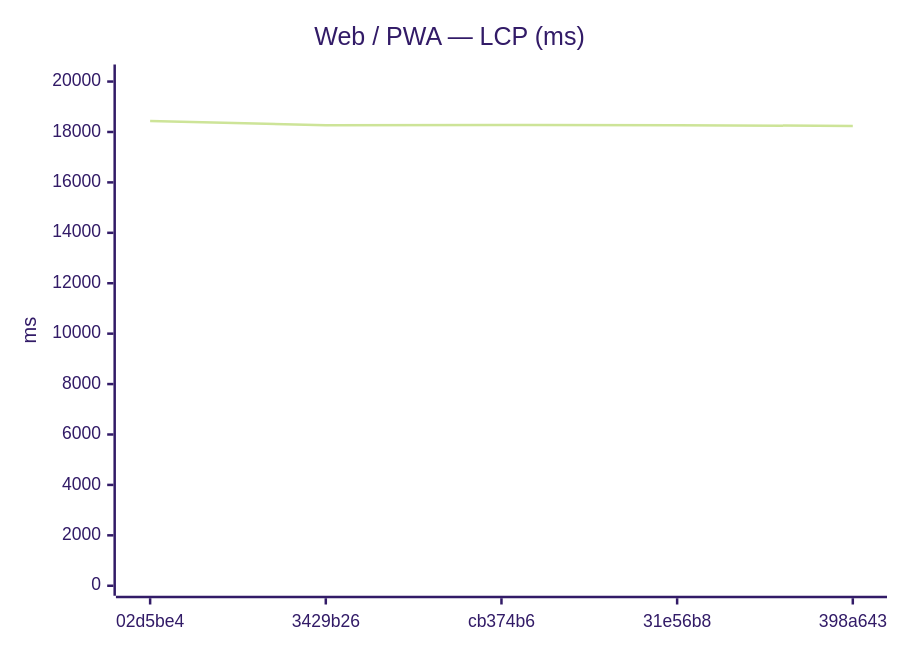
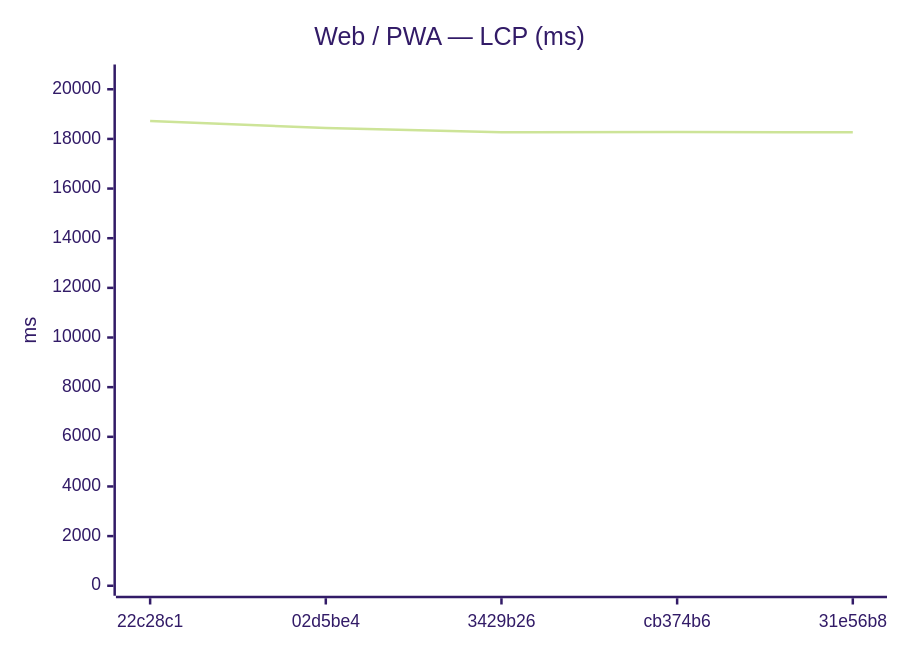
The seventh of 18 diagrams in benchmarks/compare.md (Metaheurist/Rianell), drawn with Mermaid (forest theme) before and after one commit. The commit also changed other lines of this file and 11 other files, not shown here.

````diff
--- a/benchmarks/compare.md
+++ b/benchmarks/compare.md
@@ -117,7 +117,7 @@
 ```mermaid
 xychart-beta
     title "Web / PWA — LCP (ms)"
-    x-axis ["02d5be4", "3429b26", "cb374b6", "31e56b8", "398a643"]
-    y-axis "ms" 0 --> 20280
-    line [18436, 18270, 18278, 18267, 18242]
+    x-axis ["22c28c1", "02d5be4", "3429b26", "cb374b6", "31e56b8"]
+    y-axis "ms" 0 --> 20595
+    line [18722, 18436, 18270, 18278, 18267]
 ```
````
